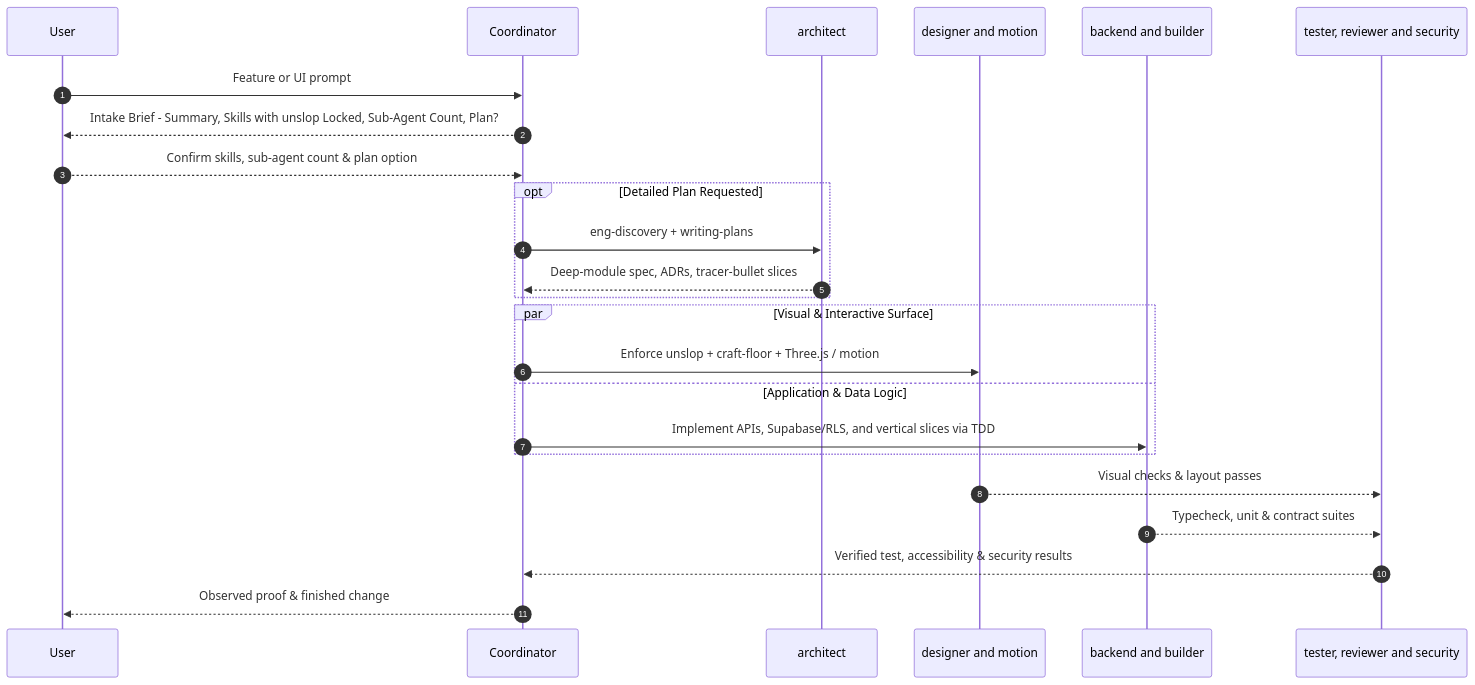
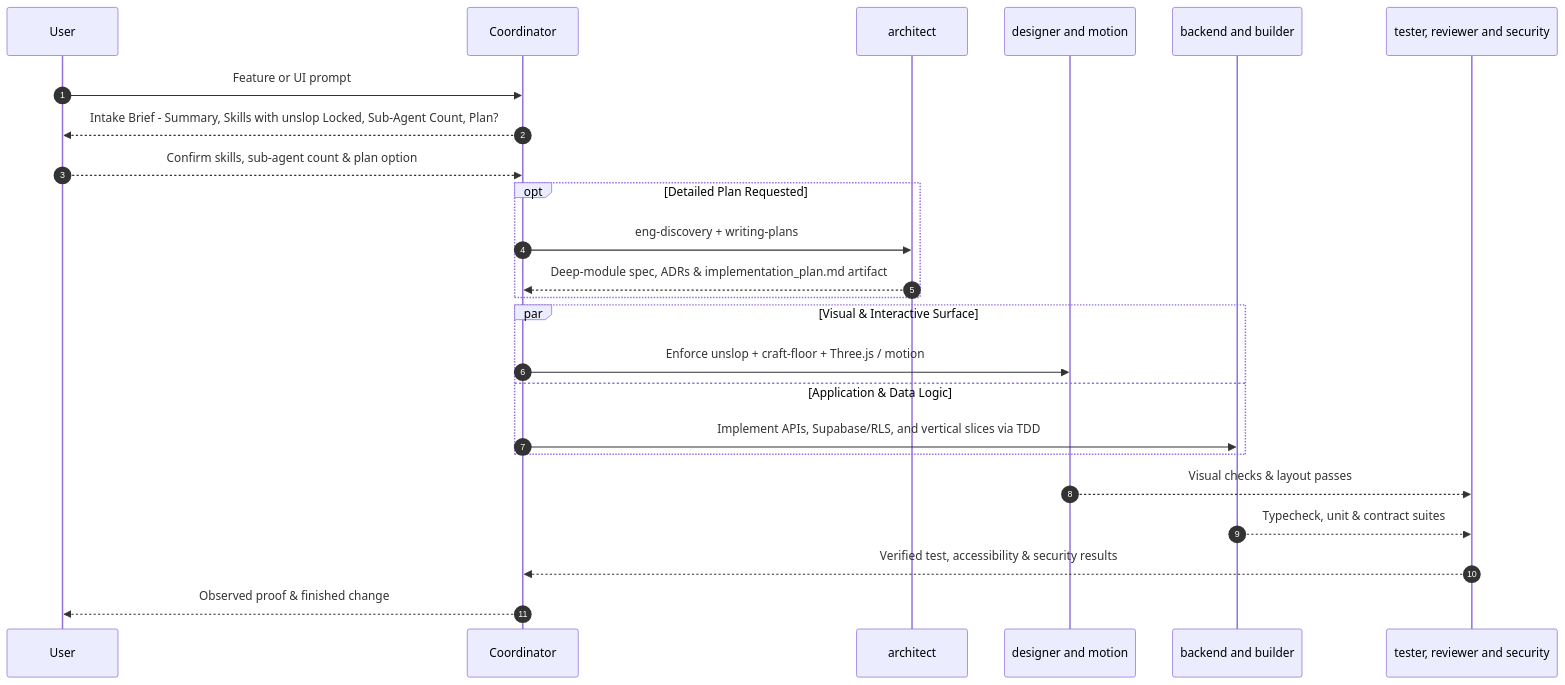
Before and after one commit to itsjamiedev/Antigravity-Engineer: the second of 3 diagrams in README.md, drawn with Mermaid. The commit also changed other lines of this file and 331 other files, not shown here.

Commit message:
feat(skills,rules): integrate diagram-design (38 skills), Playwright PDF/PNG export, and implementation_plan.md enforcement

````diff
--- a/README.md
+++ b/README.md
@@ -126,27 +126,27 @@
 ```mermaid
 sequenceDiagram
   autonumber
   participant U as User
   participant C as Coordinator
   participant A as architect
   participant D as designer and motion
   participant B as backend and builder
   participant T as tester, reviewer and security
 
   U->>C: Feature or UI prompt
   C-->>U: Intake Brief - Summary, Skills with unslop Locked, Sub-Agent Count, Plan?
   U-->>C: Confirm skills, sub-agent count & plan option
   opt Detailed Plan Requested
     C->>A: eng-discovery + writing-plans
-    A-->>C: Deep-module spec, ADRs, tracer-bullet slices
+    A-->>C: Deep-module spec, ADRs & implementation_plan.md artifact
   end
   par Visual & Interactive Surface
     C->>D: Enforce unslop + craft-floor + Three.js / motion
   and Application & Data Logic
     C->>B: Implement APIs, Supabase/RLS, and vertical slices via TDD
   end
   D-->>T: Visual checks & layout passes
   B-->>T: Typecheck, unit & contract suites
   T-->>C: Verified test, accessibility & security results
   C-->>U: Observed proof & finished change
 ```
````
